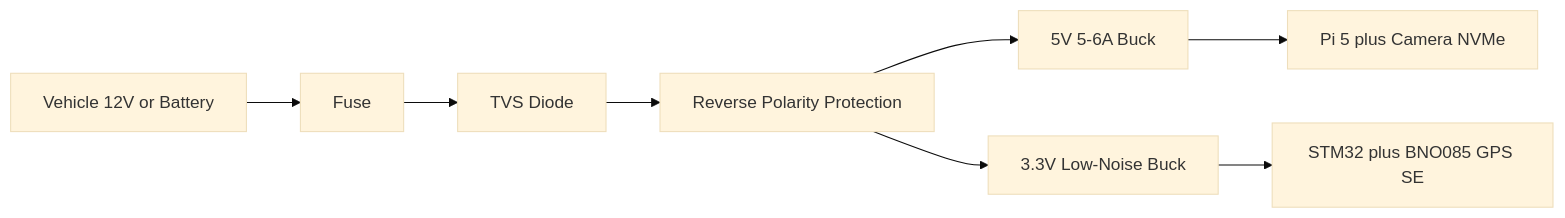
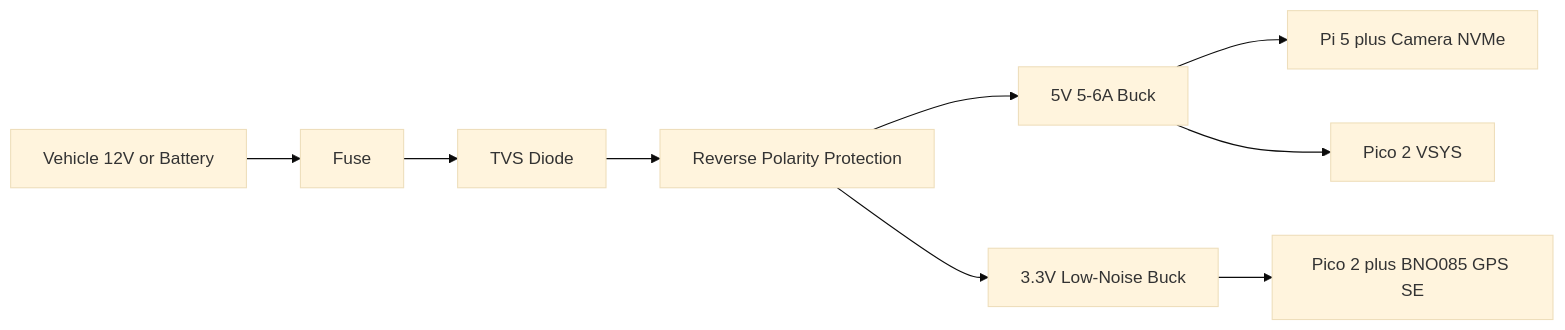
Before and after one commit to BlueWaves-afk/vigia-raspi: the second of 8 diagrams in docs/hardware-architecture.md, drawn with Mermaid (base theme). The commit also changed other lines of this file and 6 other files, not shown here.

Commit message:
Pivot from stm32f411ce to raspi pico2

````diff
--- a/docs/hardware-architecture.md
+++ b/docs/hardware-architecture.md
@@ -142,10 +173,11 @@
 ```mermaid
 flowchart LR
   vehicleInput[Vehicle 12V or Battery] --> fuse[Fuse]
   fuse --> tvs[TVS Diode]
   tvs --> reverse[Reverse Polarity Protection]
   reverse --> buck5v[5V 5-6A Buck]
   reverse --> buck3v3[3.3V Low-Noise Buck]
   buck5v --> pi5[Pi 5 plus Camera NVMe]
-  buck3v3 --> stm32[STM32 plus BNO085 GPS SE]
+  buck5v --> pico2[Pico 2 VSYS]
+  buck3v3 --> pico2rails[Pico 2 plus BNO085 GPS SE]
 ```
````
